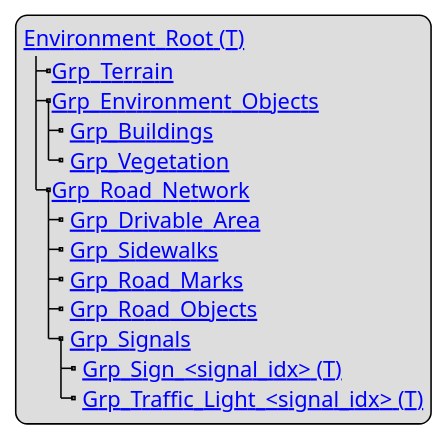
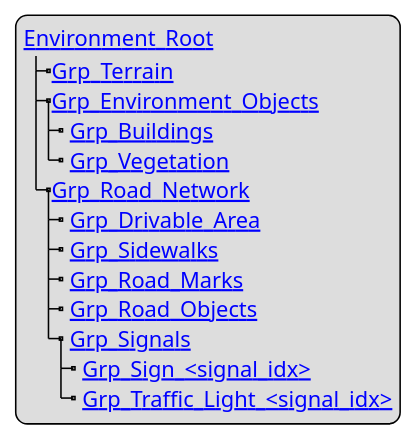
Before and after one commit to asam-ev/OpenMATERIAL: the diagram in content/geometry/object-environment/environment-structure.adoc, drawn with PlantUML. The commit also changed other lines of this file, not shown here.

```diff
--- a/content/geometry/object-environment/environment-structure.adoc
+++ b/content/geometry/object-environment/environment-structure.adoc
@@ -5,18 +5,18 @@
 [plantuml]
 ----
 legend
-[[../geometry/object-classes.html#_environment_t Environment_Root (T)]]
+[[../geometry/object-classes.html#_environment_t Environment_Root]]
 |_[[../geometry/object-classes.html#_grp_terrain Grp_Terrain]]
 |_[[../geometry/object-classes.html#_grp_environment_objects Grp_Environment_Objects]]
   |_ [[../geometry/object-classes.html#_grp_buildings Grp_Buildings]]
   |_ [[../geometry/object-classes.html#_grp_vegetation Grp_Vegetation]]
 |_[[../geometry/object-classes.html#_grp_road_network Grp_Road_Network]]
   |_ [[../geometry/object-classes.html#_grp_drivable_area Grp_Drivable_Area]]
   |_ [[../geometry/object-classes.html#_grp_sidewalks Grp_Sidewalks]]
   |_ [[../geometry/object-classes.html#_grp_road_marks Grp_Road_Marks]]
   |_ [[../geometry/object-classes.html#_grp_road_object Grp_Road_Objects]]
   |_ [[../geometry/object-classes.html#_grp_signals Grp_Signals]]
-    |_ [[../geometry/object-classes.html#_grp_sign_idx_t Grp_Sign_<signal_idx> (T)]]
-    |_ [[../geometry/object-classes.html#_traffic_light_idx_t Grp_Traffic_Light_<signal_idx> (T)]]
+    |_ [[../geometry/object-classes.html#_grp_sign_idx_t Grp_Sign_<signal_idx>]]
+    |_ [[../geometry/object-classes.html#_traffic_light_idx_t Grp_Traffic_Light_<signal_idx>]]
 end legend
 ----
```
